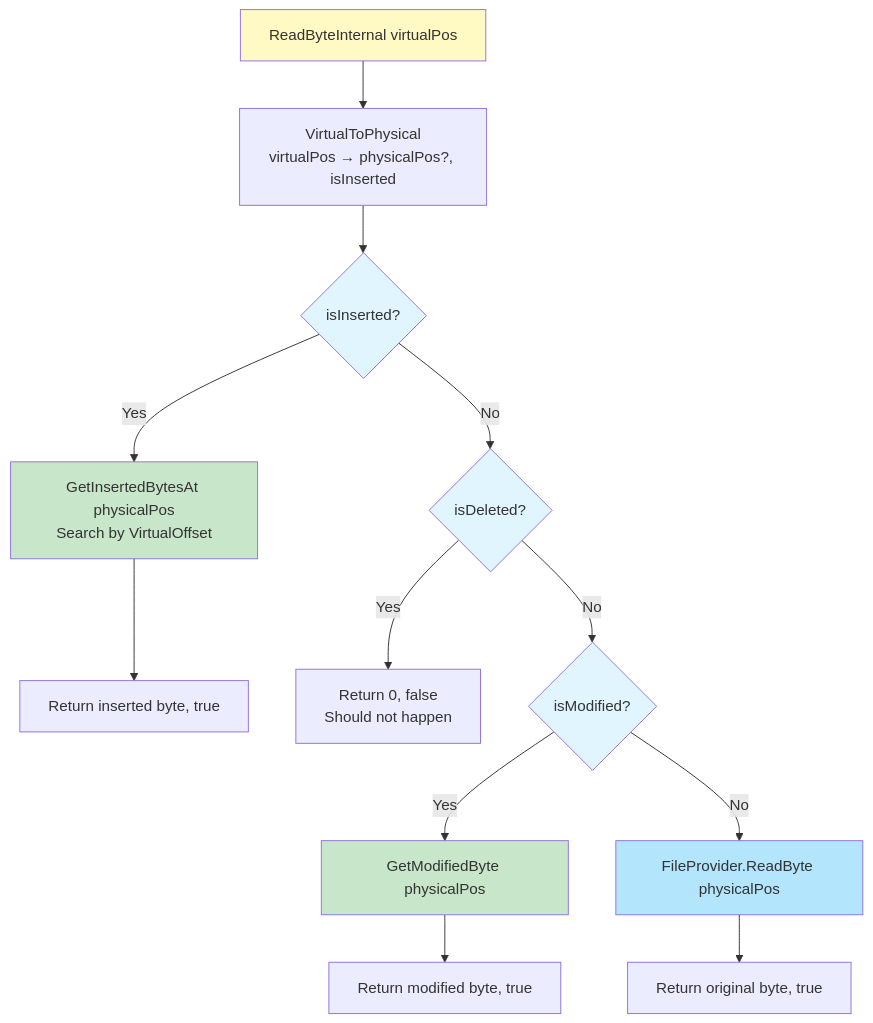
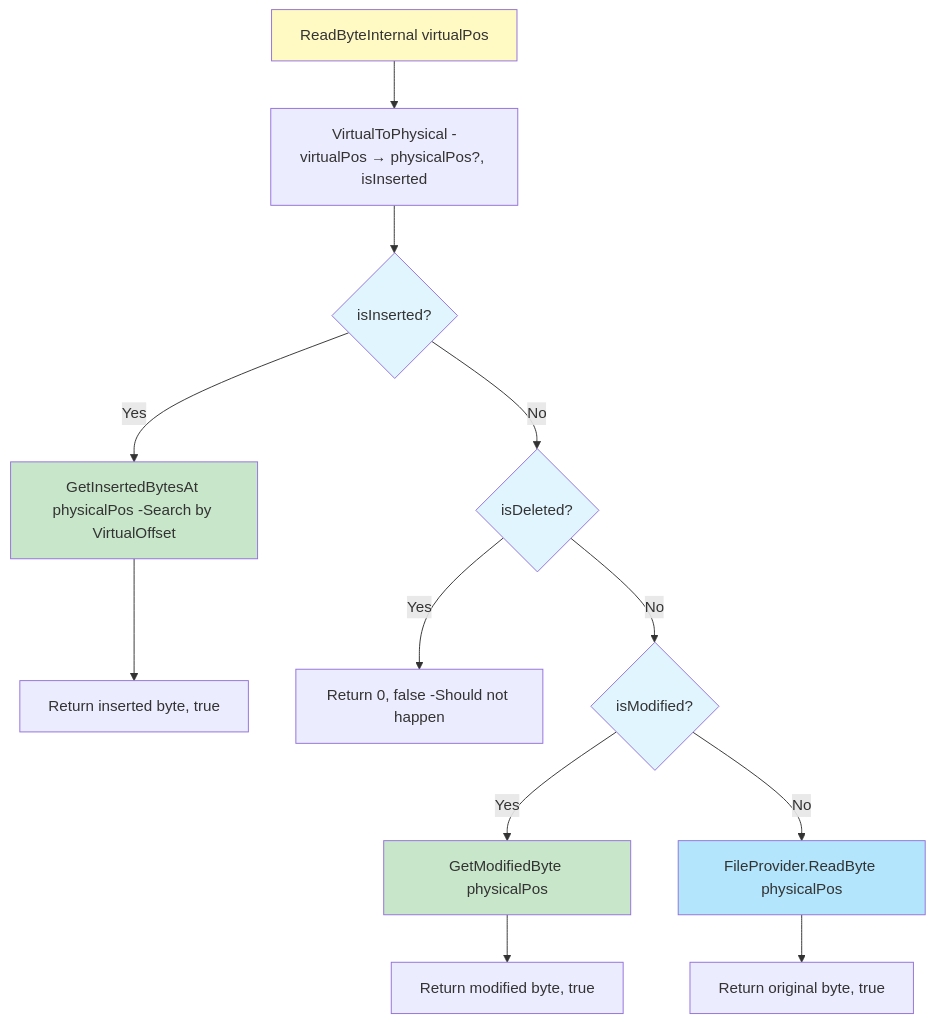
Before and after one commit to myd7349/WpfHexEditorControl: the fourth of 24 diagrams in ARCHITECTURE_V2.md, drawn with Mermaid. The commit also changed other lines of this file, not shown here.

First line of the commit message:
Fix all remaining Mermaid diagram br tags for GitHub compatibility

````diff
--- a/ARCHITECTURE_V2.md
+++ b/ARCHITECTURE_V2.md
@@ -298,43 +298,43 @@
 ```mermaid
 graph TD
     Start[ReadByteInternal virtualPos]
 
-    Convert[VirtualToPhysical<br/>virtualPos → physicalPos?, isInserted]
+    Convert[VirtualToPhysical -virtualPos → physicalPos?, isInserted]
 
     CheckInserted{isInserted?}
     CheckDeleted{isDeleted?}
     CheckModified{isModified?}
 
-    GetInserted[GetInsertedBytesAt physicalPos<br/>Search by VirtualOffset]
+    GetInserted[GetInsertedBytesAt physicalPos -Search by VirtualOffset]
     GetModified[GetModifiedByte physicalPos]
     GetOriginal[FileProvider.ReadByte physicalPos]
 
     ReturnInserted[Return inserted byte, true]
-    ReturnDeleted[Return 0, false<br/>Should not happen]
+    ReturnDeleted[Return 0, false -Should not happen]
     ReturnModified[Return modified byte, true]
     ReturnOriginal[Return original byte, true]
 
     Start --> Convert
     Convert --> CheckInserted
 
     CheckInserted -->|Yes| GetInserted
     CheckInserted -->|No| CheckDeleted
 
     CheckDeleted -->|Yes| ReturnDeleted
     CheckDeleted -->|No| CheckModified
 
     CheckModified -->|Yes| GetModified
     CheckModified -->|No| GetOriginal
 
     GetInserted --> ReturnInserted
     GetModified --> ReturnModified
     GetOriginal --> ReturnOriginal
 
     style Start fill:#fff9c4
     style CheckInserted fill:#e1f5ff
     style CheckDeleted fill:#e1f5ff
     style CheckModified fill:#e1f5ff
     style GetInserted fill:#c8e6c9
     style GetModified fill:#c8e6c9
     style GetOriginal fill:#b3e5fc
 ```
````
